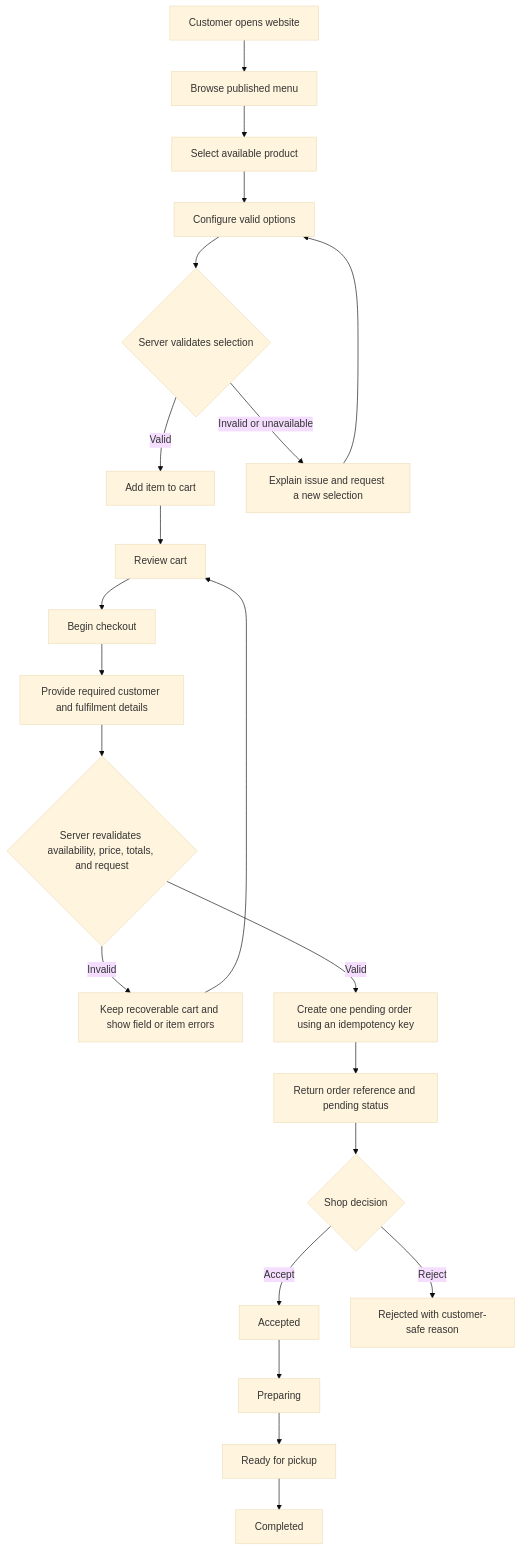
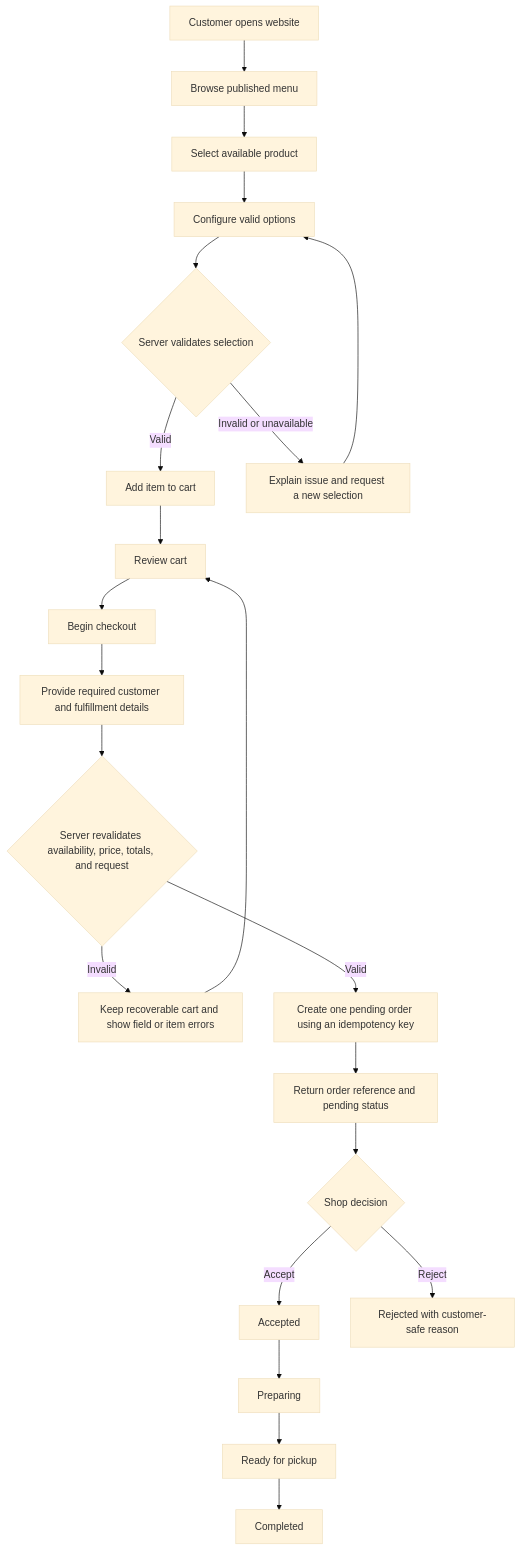
One commit to eendor/Brew-ni-Cat-Connect changed the first of 8 diagrams in docs/execution-paths.md. Above: the diagram before and after it, drawn with Mermaid (base theme). The commit also changed other lines of this file and 24 other files, not shown here.

````diff
--- a/docs/execution-paths.md
+++ b/docs/execution-paths.md
@@ -52,24 +52,24 @@
 ```mermaid
 flowchart TD
     A[Customer opens website] --> B[Browse published menu]
     B --> C[Select available product]
     C --> D[Configure valid options]
     D --> E{Server validates selection}
     E -- Valid --> F[Add item to cart]
     E -- Invalid or unavailable --> D1[Explain issue and request a new selection]
     D1 --> D
     F --> G[Review cart]
     G --> H[Begin checkout]
-    H --> I[Provide required customer and fulfilment details]
+    H --> I[Provide required customer and fulfillment details]
     I --> J{Server revalidates availability, price, totals, and request}
     J -- Invalid --> J1[Keep recoverable cart and show field or item errors]
     J1 --> G
     J -- Valid --> K[Create one pending order using an idempotency key]
     K --> L[Return order reference and pending status]
     L --> M{Shop decision}
     M -- Accept --> N[Accepted]
     M -- Reject --> O[Rejected with customer-safe reason]
     N --> P[Preparing]
     P --> Q[Ready for pickup]
     Q --> R[Completed]
 ```
````
